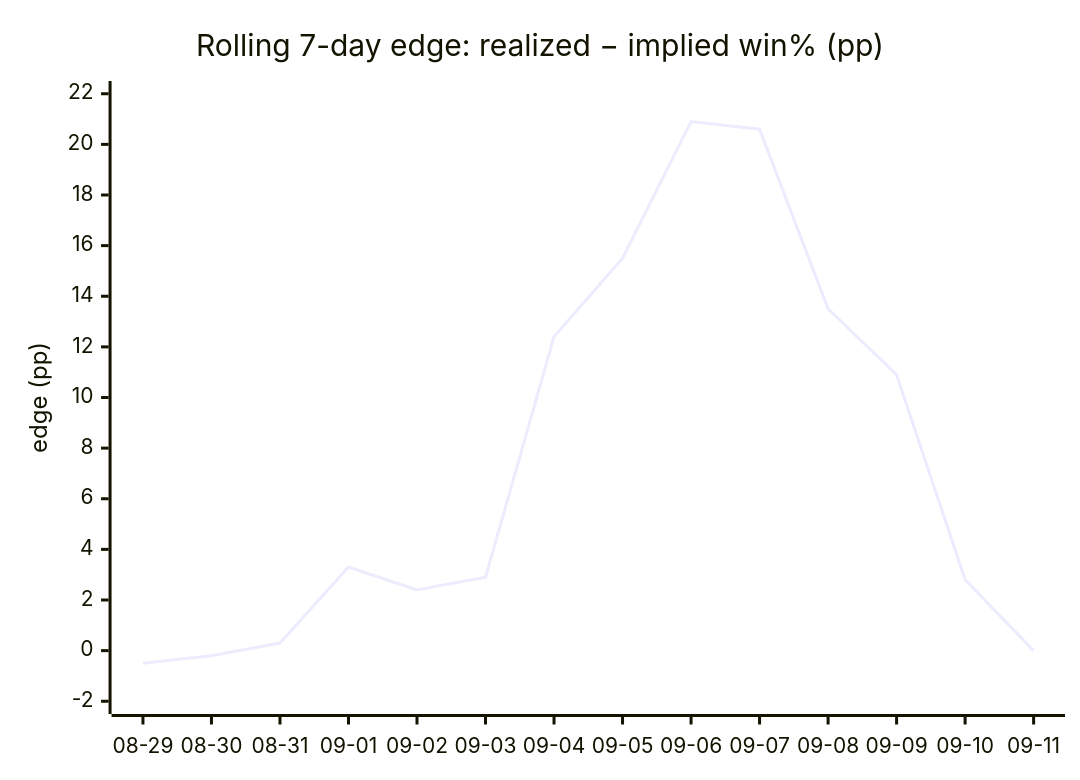
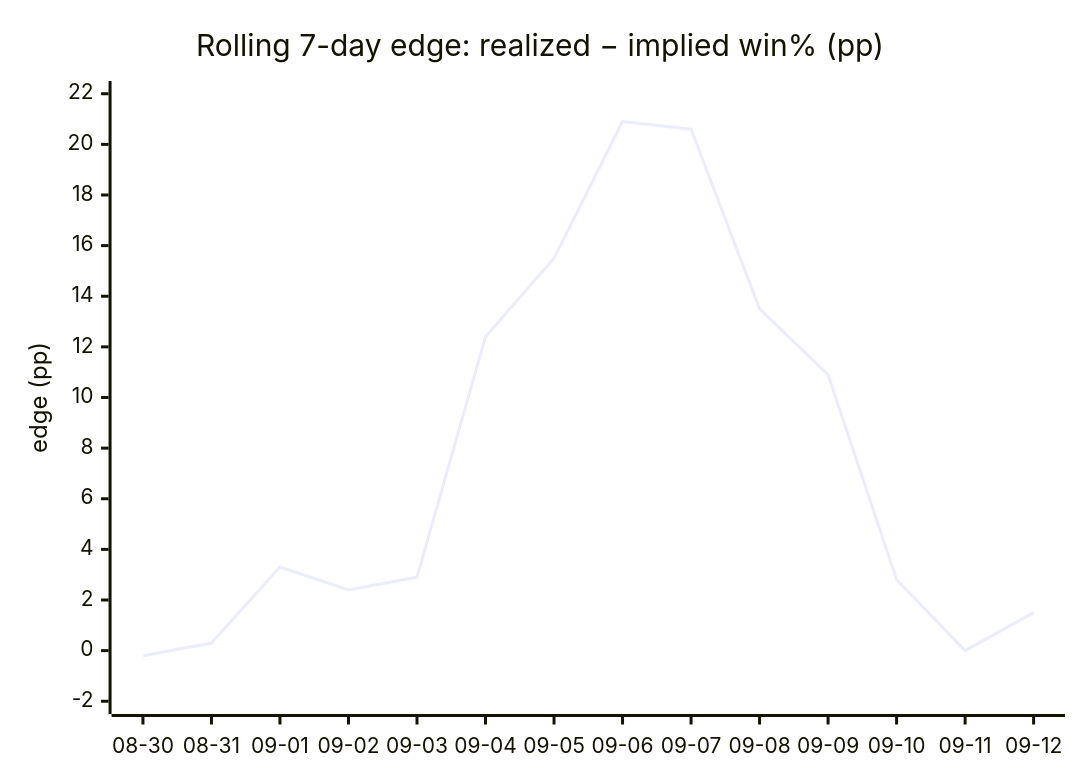
The fourth of 4 diagrams in DAILY_AGSU_REPORT.md (dpk1212/nhl-savant), drawn with Mermaid before and after one commit. The commit also changed other lines of this file, not shown here.

````diff
--- a/DAILY_AGSU_REPORT.md
+++ b/DAILY_AGSU_REPORT.md
@@ -875,7 +879,7 @@
 ```mermaid
 xychart-beta
     title "Rolling 7-day edge: realized − implied win% (pp)"
-    x-axis ["08-29", "08-30", "08-31", "09-01", "09-02", "09-03", "09-04", "09-05", "09-06", "09-07", "09-08", "09-09", "09-10", "09-11"]
+    x-axis ["08-30", "08-31", "09-01", "09-02", "09-03", "09-04", "09-05", "09-06", "09-07", "09-08", "09-09", "09-10", "09-11", "09-12"]
     y-axis "edge (pp)" -2 --> 22
-    line [-0.5, -0.2, 0.3, 3.3, 2.4, 2.9, 12.4, 15.5, 20.9, 20.6, 13.5, 10.9, 2.8, 0]
+    line [-0.2, 0.3, 3.3, 2.4, 2.9, 12.4, 15.5, 20.9, 20.6, 13.5, 10.9, 2.8, 0, 1.5]
 ```
````
